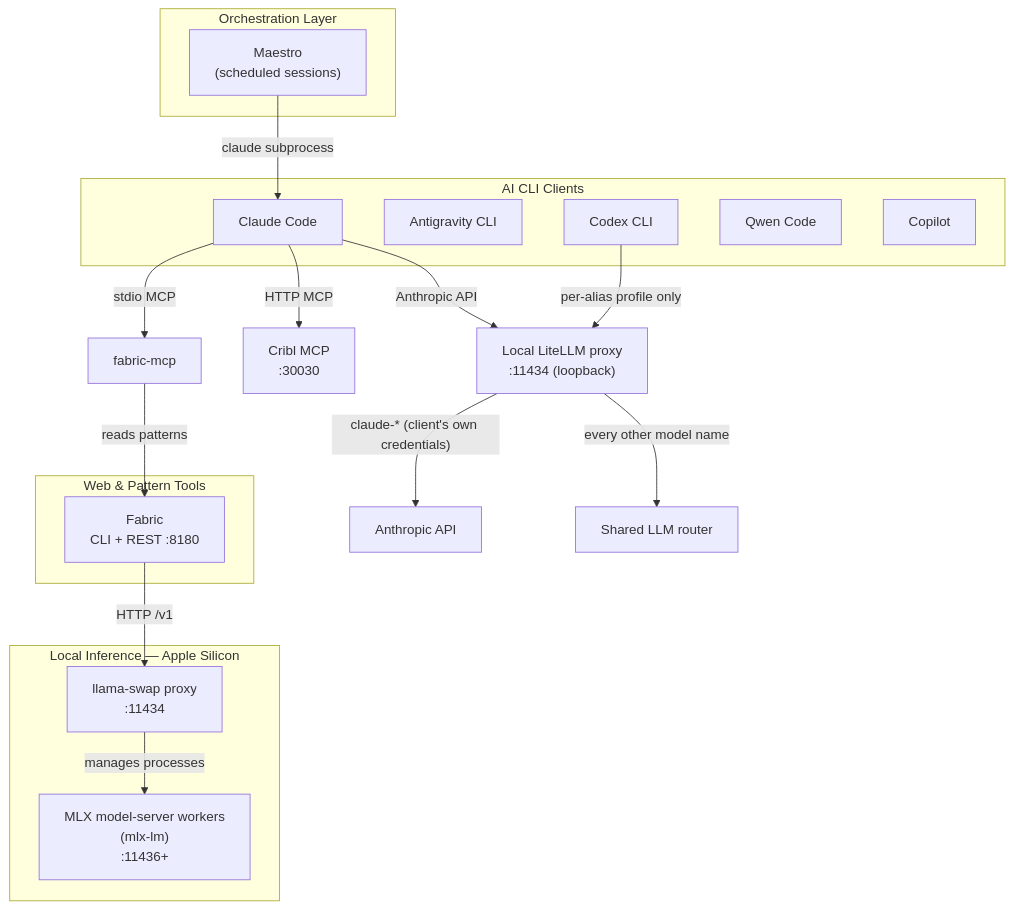
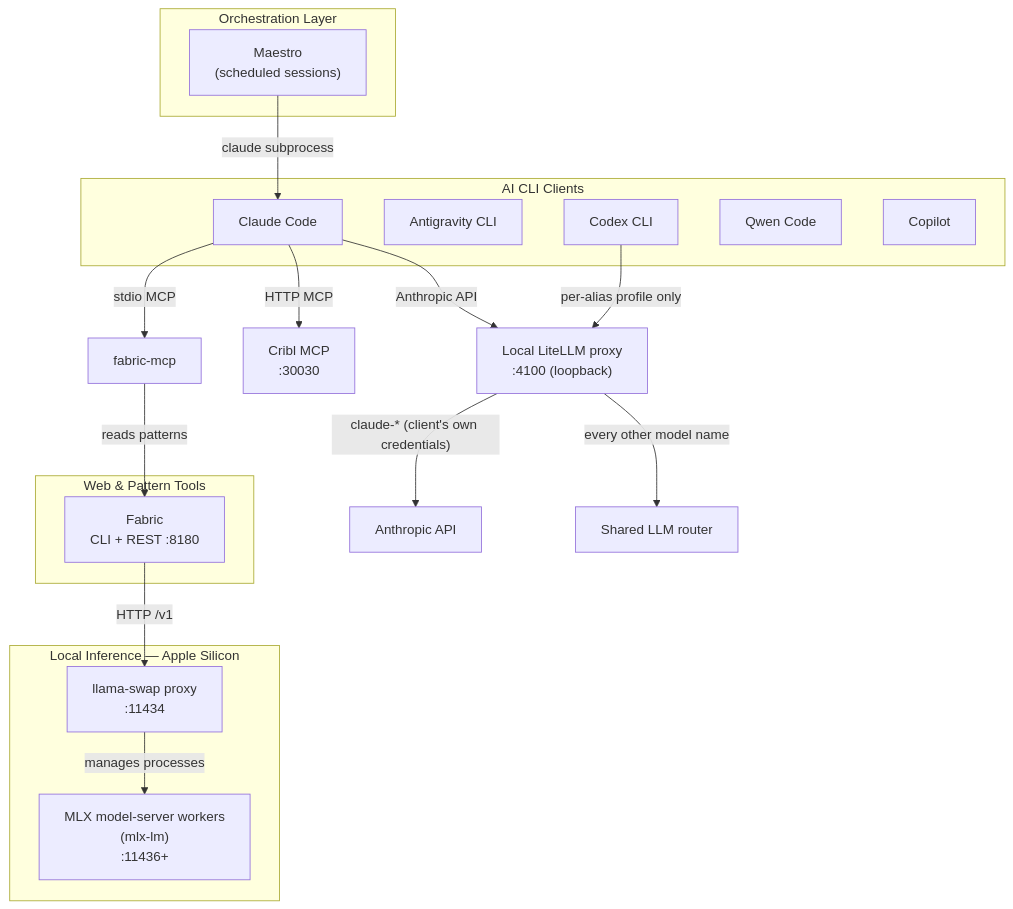
One commit to dryvist/nix-ai changed the first of 4 diagrams in docs/architecture/system-integration-map.md. Above: the diagram before and after it, drawn with Mermaid. The commit also changed other lines of this file and 51 other files, not shown here.

First line of the commit message:
fix(litellm-local): move the proxy to its allocated port and derive one local client URL

````diff
--- a/docs/architecture/system-integration-map.md
+++ b/docs/architecture/system-integration-map.md
@@ -11,38 +11,38 @@
 ```mermaid
 graph TD
     subgraph Clients["AI CLI Clients"]
         CC["Claude Code"]
         GEM["Antigravity CLI"]
         CDX["Codex CLI"]
         QWEN["Qwen Code"]
         COP["Copilot"]
     end
 
     subgraph Orchestration["Orchestration Layer"]
         MAE["Maestro\n(scheduled sessions)"]
     end
 
     subgraph LocalInference["Local Inference — Apple Silicon"]
         LS["llama-swap proxy\n:11434"]
         WORKERS["MLX model-server workers\n(mlx-lm)\n:11436+"]
     end
 
     subgraph WebTools["Web & Pattern Tools"]
         FAB["Fabric\nCLI + REST :8180"]
     end
 
     CC -->|stdio MCP| FAB_MCP["fabric-mcp"]
     CC -->|HTTP MCP| CRIBL["Cribl MCP\n:30030"]
     MAE -->|claude subprocess| CC
 
-    CC -->|Anthropic API| LL["Local LiteLLM proxy\n:11434 (loopback)"]
+    CC -->|Anthropic API| LL["Local LiteLLM proxy\n:4100 (loopback)"]
     CDX -->|per-alias profile only| LL
     LL -->|"claude-* (client's own credentials)"| ANTH["Anthropic API"]
     LL -->|"every other model name"| ROUTER["Shared LLM router"]
 
     FAB_MCP -->|reads patterns| FAB
 
     FAB -->|HTTP /v1| LS
 
     LS -->|manages processes| WORKERS
 ```
````
